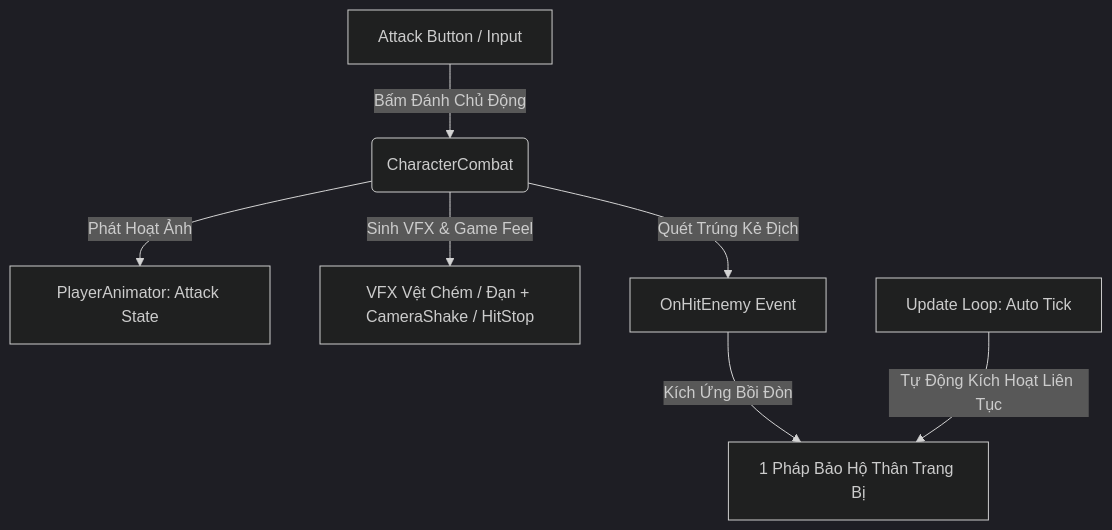
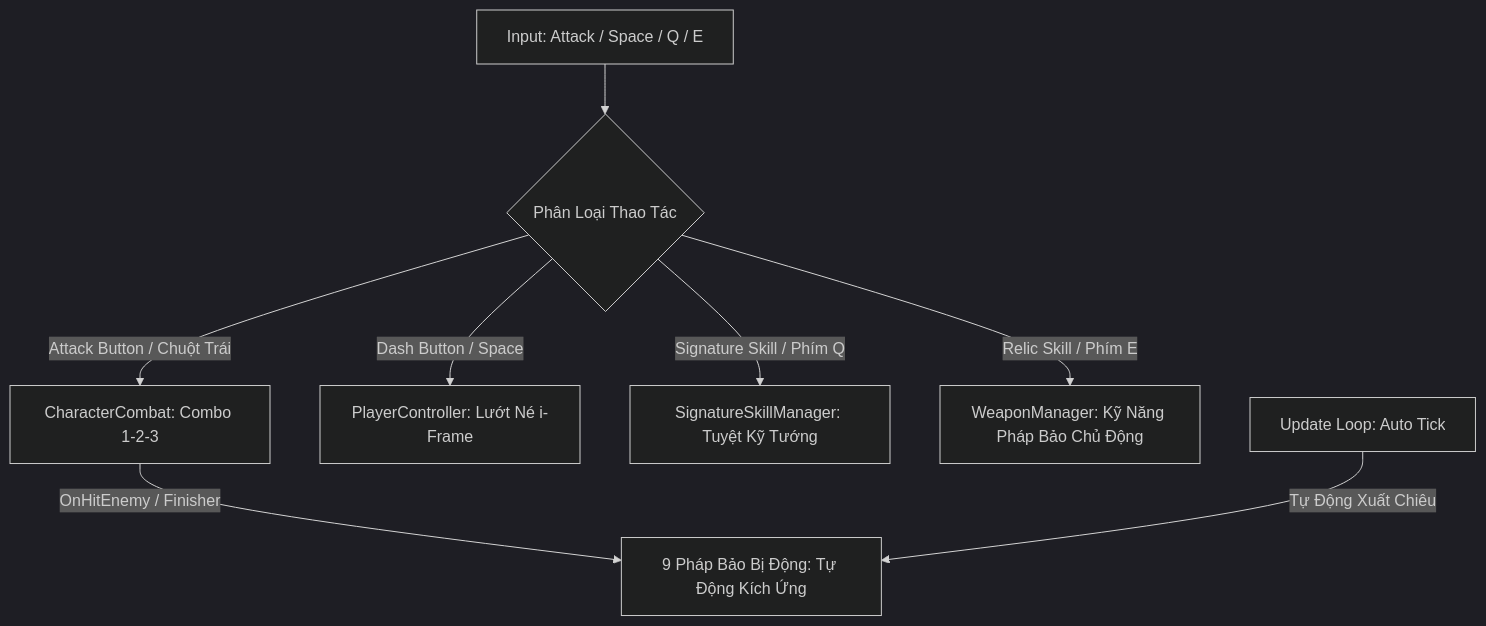
One commit to thuongtran1210/Projectzombie changed the first of 2 diagrams in Assets/Features/Weapons/WEAPON_SYSTEM_DOC.md. Above: the diagram before and after it, drawn with Mermaid (dark theme). The commit also changed other lines of this file and 20 other files, not shown here.

Commit message:
feat: implement modular weapon and relic system with UI binding and management tools

````diff
--- a/Assets/Features/Weapons/WEAPON_SYSTEM_DOC.md
+++ b/Assets/Features/Weapons/WEAPON_SYSTEM_DOC.md
@@ -11,9 +14,11 @@
 ```mermaid
 graph TD
-    A[Attack Button / Input] -->|Bấm Đánh Chủ Động| B(CharacterCombat)
-    B -->|Phát Hoạt Ảnh| C[PlayerAnimator: Attack State]
-    B -->|Sinh VFX & Game Feel| D[VFX Vệt Chém / Đạn + CameraShake / HitStop]
-    B -->|Quét Trúng Kẻ Địch| E[OnHitEnemy Event]
-    E -->|Kích Ứng Bồi Đòn| F[1 Pháp Bảo Hộ Thân Trang Bị]
-    G[Update Loop: Auto Tick] -->|Tự Động Kích Hoạt Liên Tục| F
+    A[Input: Attack / Space / Q / E] --> B{Phân Loại Thao Tác}
+    B -->|Attack Button / Chuột Trái| C[CharacterCombat: Combo 1-2-3]
+    B -->|Dash Button / Space| D[PlayerController: Lướt Né i-Frame]
+    B -->|Signature Skill / Phím Q| E[SignatureSkillManager: Tuyệt Kỹ Tướng]
+    B -->|Relic Skill / Phím E| F[WeaponManager: Kỹ Năng Pháp Bảo Chủ Động]
+    
+    C -->|OnHitEnemy / Finisher| G[9 Pháp Bảo Bị Động: Tự Động Kích Ứng]
+    H[Update Loop: Auto Tick] -->|Tự Động Xuất Chiêu| G
 ```
````
